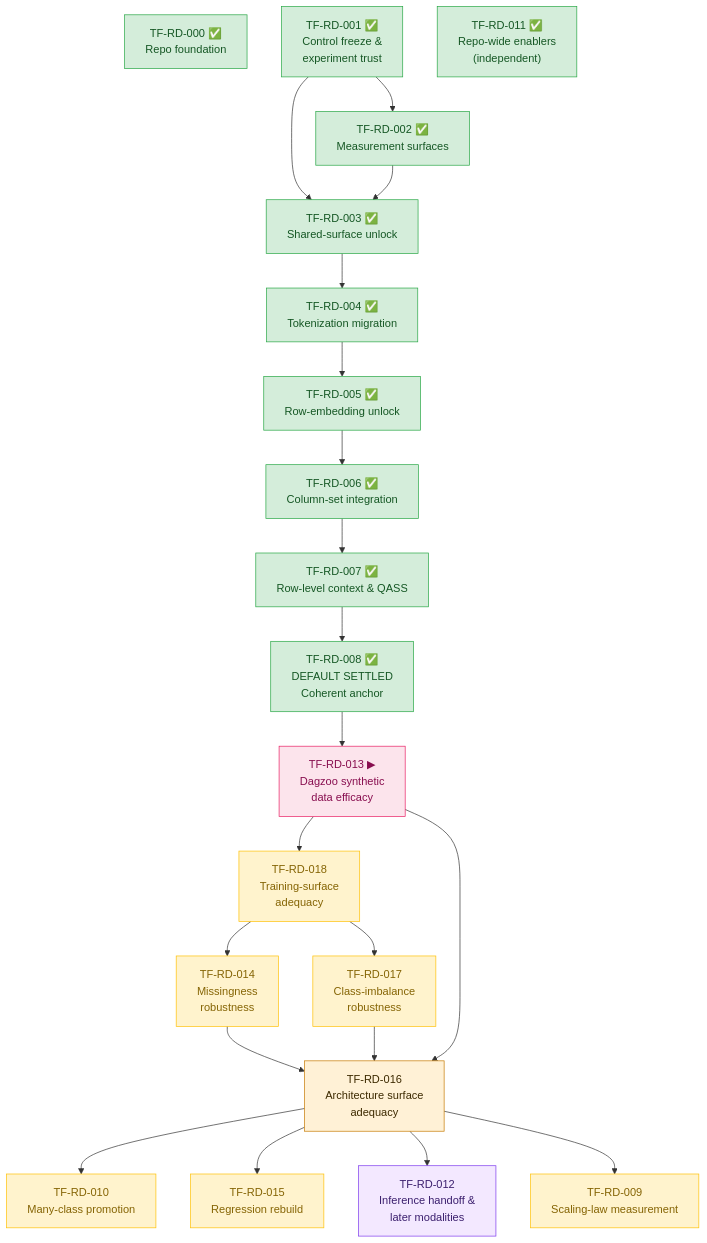
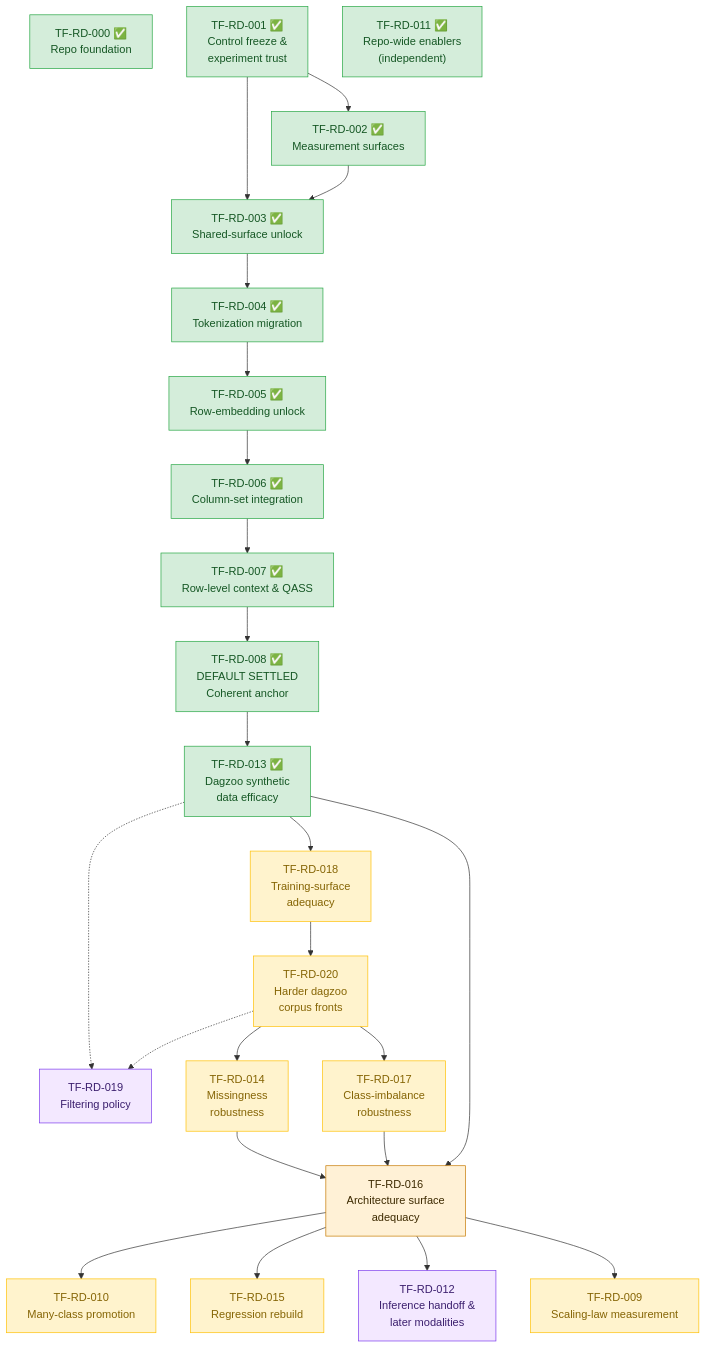
One commit to bensonlee5/tab-foundry changed the diagram in docs/development/roadmap.md. Above: the diagram before and after it, drawn with Mermaid. The commit also changed other lines of this file and 7 other files, not shown here.

````diff
--- a/docs/development/roadmap.md
+++ b/docs/development/roadmap.md
@@ -151,56 +159,60 @@
 ```mermaid
 flowchart TD
     RD000["TF-RD-000 ✅<br/>Repo foundation"]
 
     RD001["TF-RD-001 ✅<br/>Control freeze &<br/>experiment trust"]
     RD002["TF-RD-002 ✅<br/>Measurement surfaces"]
     RD011["TF-RD-011 ✅<br/>Repo-wide enablers<br/>(independent)"]
 
     RD003["TF-RD-003 ✅<br/>Shared-surface unlock"]
     RD004["TF-RD-004 ✅<br/>Tokenization migration"]
     RD005["TF-RD-005 ✅<br/>Row-embedding unlock"]
     RD006["TF-RD-006 ✅<br/>Column-set integration"]
     RD007["TF-RD-007 ✅<br/>Row-level context & QASS"]
     RD008["TF-RD-008 ✅<br/>DEFAULT SETTLED<br/>Coherent anchor"]
-    RD013["TF-RD-013 ▶<br/>Dagzoo synthetic<br/>data efficacy"]
+    RD013["TF-RD-013 ✅<br/>Dagzoo synthetic<br/>data efficacy"]
     RD018["TF-RD-018<br/>Training-surface<br/>adequacy"]
+    RD020["TF-RD-020<br/>Harder dagzoo<br/>corpus fronts"]
+    RD019["TF-RD-019<br/>Filtering policy"]
     RD014["TF-RD-014<br/>Missingness<br/>robustness"]
     RD017["TF-RD-017<br/>Class-imbalance<br/>robustness"]
     RD016["TF-RD-016<br/>Architecture surface<br/>adequacy"]
     RD010["TF-RD-010<br/>Many-class promotion"]
     RD015["TF-RD-015<br/>Regression rebuild"]
     RD012["TF-RD-012<br/>Inference handoff &<br/>later modalities"]
     RD009["TF-RD-009<br/>Scaling-law measurement"]
 
     RD001 --> RD002
     RD001 --> RD003
     RD002 --> RD003
     RD003 --> RD004
     RD004 --> RD005
     RD005 --> RD006
     RD006 --> RD007
     RD007 --> RD008
     RD008 --> RD013
     RD013 --> RD018
-    RD018 --> RD014
-    RD018 --> RD017
+    RD018 --> RD020
+    RD013 -.-> RD019
+    RD020 -.-> RD019
+    RD020 --> RD014
+    RD020 --> RD017
     RD014 --> RD016
     RD017 --> RD016
     RD013 --> RD016
     RD016 --> RD010
     RD016 --> RD015
     RD016 --> RD012
     RD016 --> RD009
 
     classDef done fill:#d4edda,stroke:#28a745,color:#155724;
     classDef readyNow fill:#fff3cd,stroke:#ffc107,color:#856404;
     classDef now fill:#fce4ec,stroke:#e91e63,color:#880e4f;
     classDef gate fill:#fff1d6,stroke:#c67a00,color:#3d2a00;
     classDef later fill:#f3e8ff,stroke:#7c3aed,color:#3b1f6e;
 
-    class RD000,RD001,RD002,RD003,RD004,RD005,RD006,RD007,RD008,RD011 done;
-    class RD009,RD018,RD014,RD017,RD010,RD015 readyNow;
-    class RD013 now;
+    class RD000,RD001,RD002,RD003,RD004,RD005,RD006,RD007,RD008,RD011,RD013 done;
+    class RD009,RD018,RD020,RD014,RD017,RD010,RD015 readyNow;
     class RD016 gate;
-    class RD012 later;
+    class RD012,RD019 later;
 ```
````
